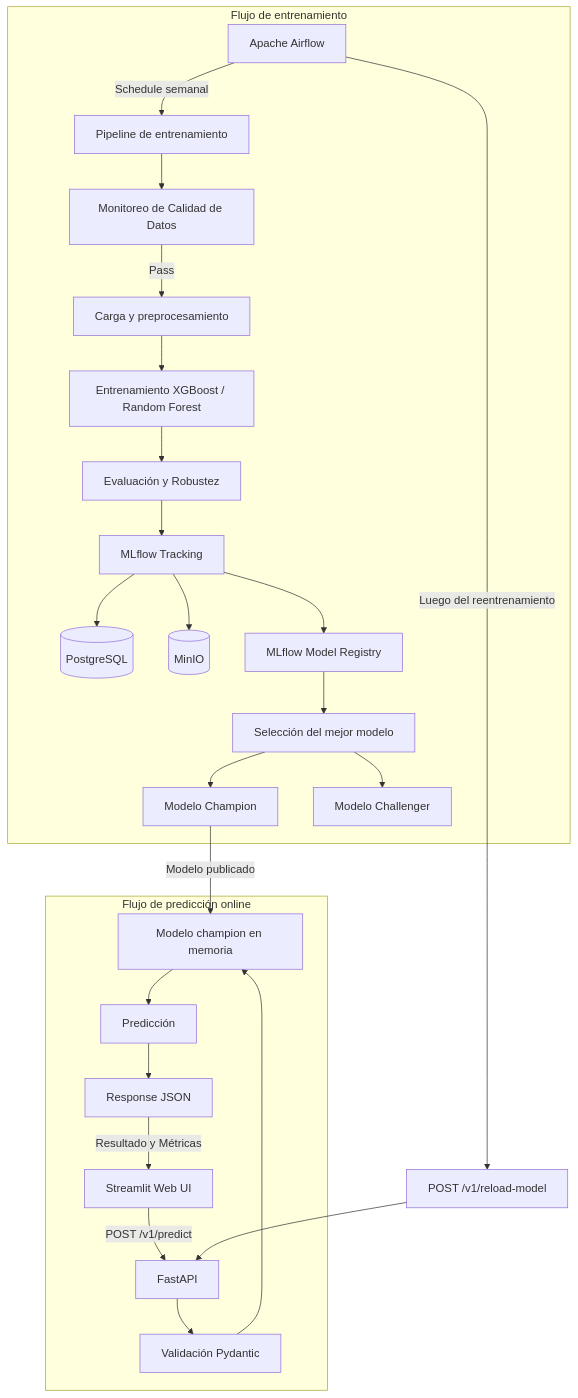
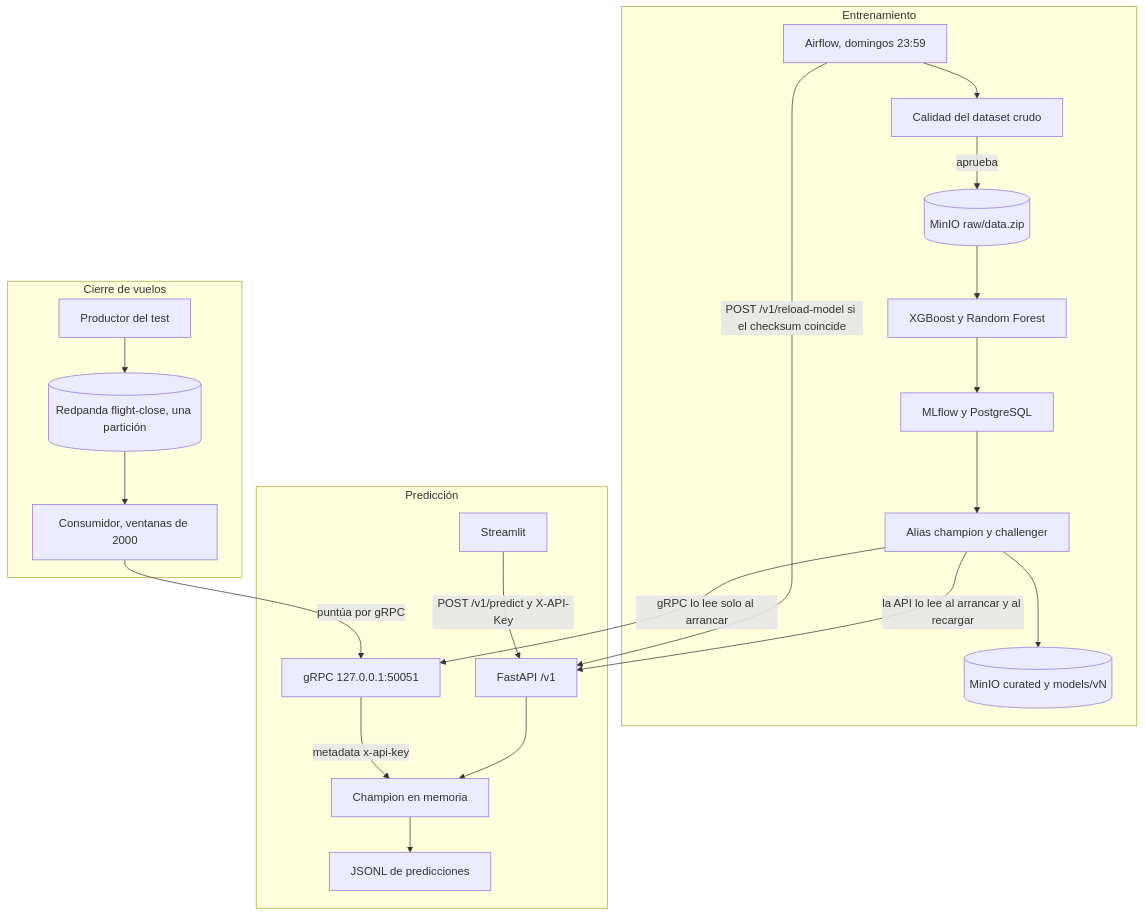
The diagram in README.md (bdellacasa1/TP_MLOPs2), drawn with Mermaid before and after one commit. The commit also changed other lines of this file, not shown here.

Commit message:
Se actualiza Readme.md con la documentación del sistema

````diff
--- a/README.md
+++ b/README.md
@@ -67,52 +56,47 @@
 ```mermaid
 flowchart TD
 
-    subgraph TRAINING["Flujo de entrenamiento"]
-        A["Apache Airflow"]
-        B["Pipeline de entrenamiento"]
-        C0["Monitoreo de Calidad de Datos"]
-        C["Carga y preprocesamiento"]
-        D["Entrenamiento XGBoost / Random Forest"]
-        E["Evaluación y Robustez"]
-        F["MLflow Tracking"]
-        G[(PostgreSQL)]
-        H[(MinIO)]
-        I["MLflow Model Registry"]
-        J["Selección del mejor modelo"]
-        K["Modelo Champion"]
-        L["Modelo Challenger"]
+    subgraph TRAINING["Entrenamiento"]
+        A["Airflow, domingos 23:59"]
+        C0["Calidad del dataset crudo"]
+        RAW[("MinIO raw/data.zip")]
+        PIPE["XGBoost y Random Forest"]
+        MLF["MLflow y PostgreSQL"]
+        REG["Alias champion y challenger"]
+        LAKE[("MinIO curated y models/vN")]
 
-        A -->|Schedule semanal| B
-        B --> C0
-        C0 -->|Pass| C
-        C --> D
-        D --> E
-        E --> F
-        F --> G
-        F --> H
-        F --> I
-        I --> J
-        J --> K
-        J --> L
+        A --> C0
+        C0 -->|aprueba| RAW
+        RAW --> PIPE
+        PIPE --> MLF
+        MLF --> REG
+        REG --> LAKE
     end
 
-    subgraph SERVING["Flujo de predicción online"]
-        M["Streamlit Web UI"]
-        N["FastAPI"]
-        O["Validación Pydantic"]
-        P["Modelo champion en memoria"]
-        Q["Predicción"]
-        S["Response JSON"]
+    subgraph SERVING["Predicción"]
+        UI["Streamlit"]
+        API["FastAPI /v1"]
+        GRPC["gRPC 127.0.0.1:50051"]
+        MEM["Champion en memoria"]
+        LOG["JSONL de predicciones"]
 
-        M -->|POST /v1/predict| N
-        N --> O
-        O --> P
-        P --> Q
-        Q --> S
-        S -->|Resultado y Métricas| M
+        UI -->|"POST /v1/predict y X-API-Key"| API
+        API --> MEM
+        GRPC -->|"metadata x-api-key"| MEM
+        MEM --> LOG
     end
 
-    K -->|Modelo publicado| P
-    A -->|Luego del reentrenamiento| R["POST /v1/reload-model"]
-    R --> N
+    subgraph FLIGHTS["Cierre de vuelos"]
+        PROD["Productor del test"]
+        RP[("Redpanda flight-close, una partición")]
+        CONS["Consumidor, ventanas de 2000"]
+
+        PROD --> RP
+        RP --> CONS
+        CONS -->|puntúa por gRPC| GRPC
+    end
+
+    REG -->|"la API lo lee al arrancar y al recargar"| API
+    REG -->|"gRPC lo lee solo al arrancar"| GRPC
+    A -->|"POST /v1/reload-model si el checksum coincide"| API
 ```
````
